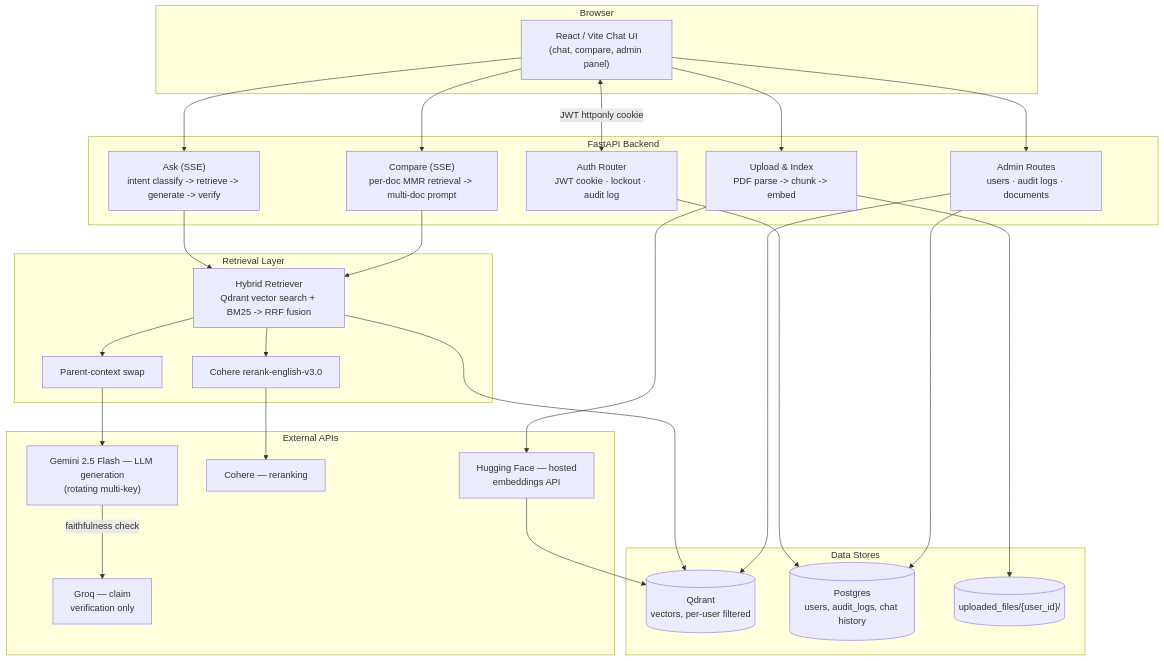
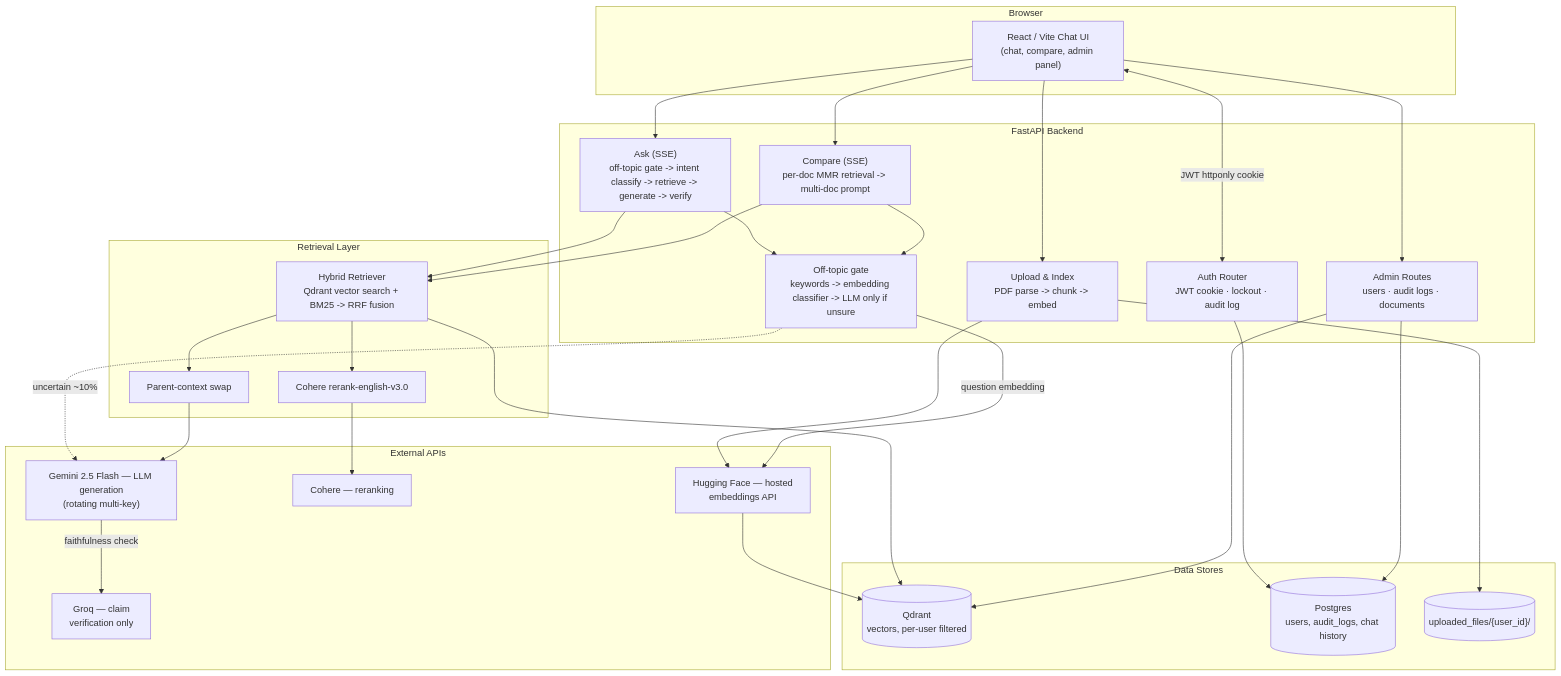
The diagram in README.md (JeelPrajapati23/ClauseIQ), drawn with Mermaid before and after one commit. The commit also changed other lines of this file, not shown here.

First line of the commit message:
Document the off-topic classifier and its evaluation in the README

````diff
--- a/README.md
+++ b/README.md
@@ -59,54 +60,59 @@
 ```mermaid
 flowchart TB
     subgraph Client["Browser"]
         UI["React / Vite Chat UI<br/>(chat, compare, admin panel)"]
     end
 
     subgraph Backend["FastAPI Backend"]
         Auth["Auth Router<br/>JWT cookie · lockout · audit log"]
         Upload["Upload & Index<br/>PDF parse -> chunk -> embed"]
-        Ask["Ask (SSE)<br/>intent classify -> retrieve -> generate -> verify"]
+        Ask["Ask (SSE)<br/>off-topic gate -> intent classify -> retrieve -> generate -> verify"]
+        Gate["Off-topic gate<br/>keywords -> embedding classifier -> LLM only if unsure"]
         Compare["Compare (SSE)<br/>per-doc MMR retrieval -> multi-doc prompt"]
         Admin["Admin Routes<br/>users · audit logs · documents"]
     end
 
     subgraph Retrieval["Retrieval Layer"]
         Hybrid["Hybrid Retriever<br/>Qdrant vector search + BM25 -> RRF fusion"]
         Rerank["Cohere rerank-english-v3.0"]
         ParentSwap["Parent-context swap"]
     end
 
     subgraph Data["Data Stores"]
         Qdrant[("Qdrant<br/>vectors, per-user filtered")]
         Postgres[("Postgres<br/>users, audit_logs, chat history")]
         Files[("uploaded_files/{user_id}/")]
     end
 
     subgraph External["External APIs"]
         Gemini["Gemini 2.5 Flash — LLM generation<br/>(rotating multi-key)"]
         Groq["Groq — claim<br/>verification only"]
         CohereAPI["Cohere — reranking"]
         Embed["Hugging Face — hosted<br/>embeddings API"]
     end
 
     UI <--> |"JWT httponly cookie"| Auth
     UI --> Upload
     UI --> Ask
     UI --> Compare
     UI --> Admin
 
     Upload --> Embed --> Qdrant
     Upload --> Files
 
+    Ask --> Gate
+    Compare --> Gate
+    Gate --> |"question embedding"| Embed
+    Gate -.-> |"uncertain ~10%"| Gemini
     Ask --> Hybrid
     Compare --> Hybrid
     Hybrid --> Qdrant
     Hybrid --> Rerank --> CohereAPI
     Hybrid --> ParentSwap
     ParentSwap --> Gemini
     Gemini --> |"faithfulness check"| Groq
 
     Auth --> Postgres
     Admin --> Postgres
     Admin --> Qdrant
 ```
````
